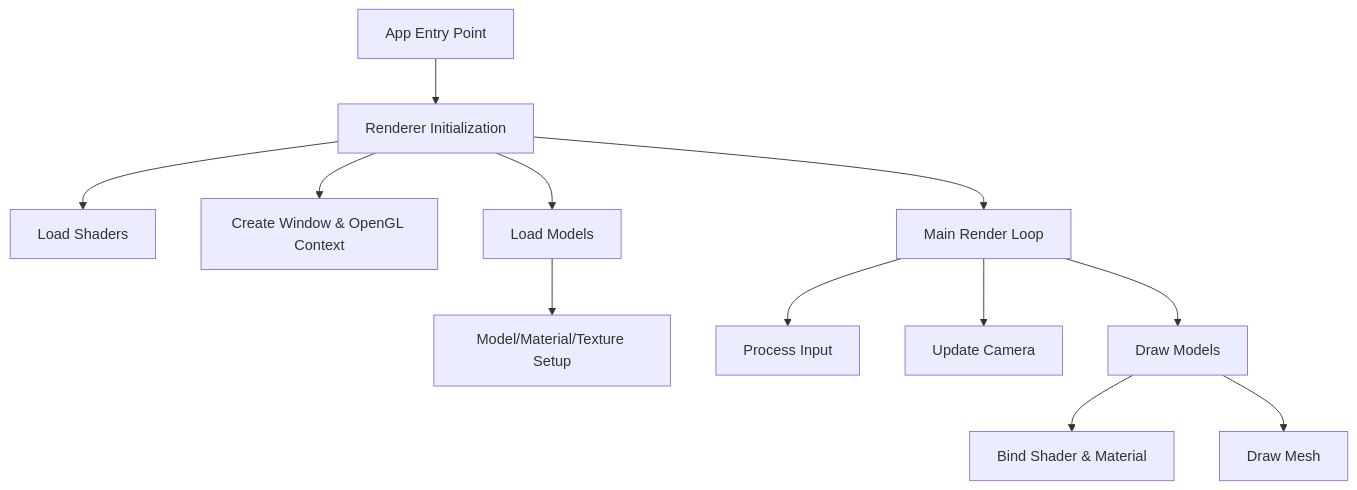
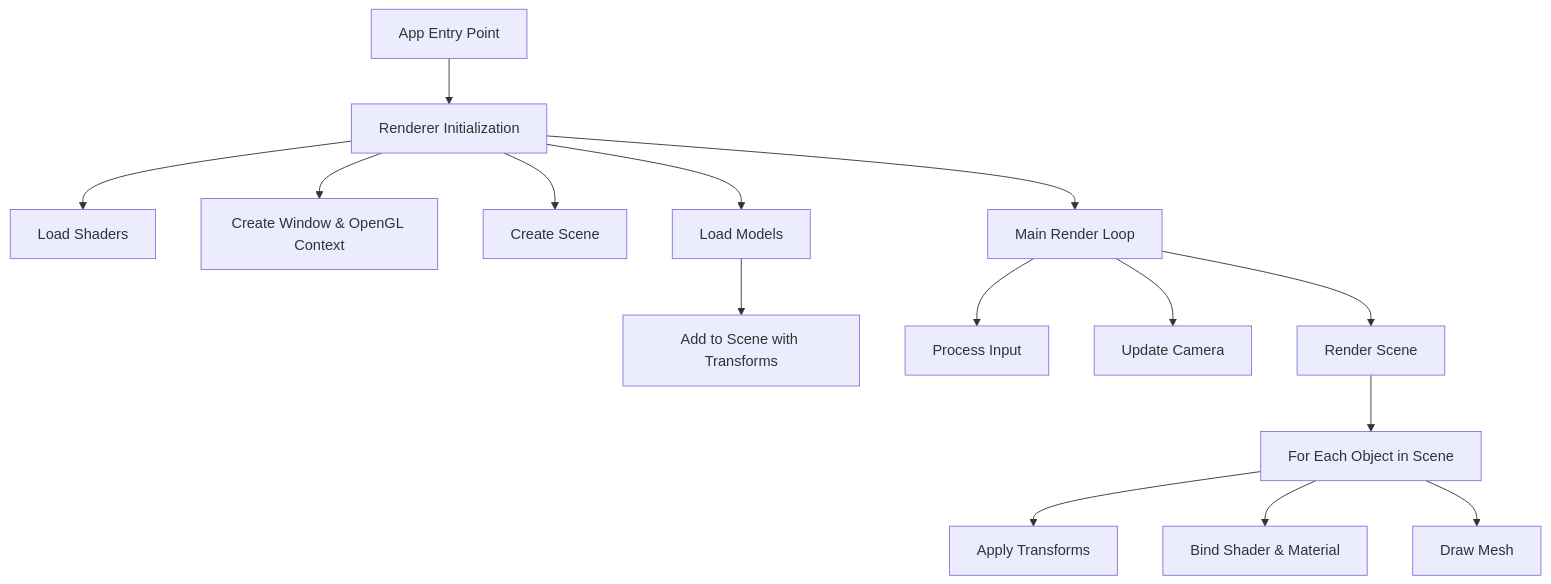
Before and after one commit to mrjpierce/renderer: the diagram in docs/RENDERER_DETAILS.md, drawn with Mermaid. The commit also changed other lines of this file and 5 other files, not shown here.

````diff
--- a/docs/RENDERER_DETAILS.md
+++ b/docs/RENDERER_DETAILS.md
@@ -24,14 +27,17 @@
 ```mermaid
 flowchart TD
     A[App Entry Point] --> B[Renderer Initialization]
     B --> C[Load Shaders]
     B --> D[Create Window & OpenGL Context]
-    B --> E[Load Models]
-    E --> F[Model/Material/Texture Setup]
-    B --> G[Main Render Loop]
-    G --> H[Process Input]
-    G --> I[Update Camera]
-    G --> J[Draw Models]
-    J --> K[Bind Shader & Material]
-    J --> L[Draw Mesh]
+    B --> E[Create Scene]
+    B --> F[Load Models]
+    F --> G[Add to Scene with Transforms]
+    B --> H[Main Render Loop]
+    H --> I[Process Input]
+    H --> J[Update Camera]
+    H --> K[Render Scene]
+    K --> L[For Each Object in Scene]
+    L --> M[Apply Transforms]
+    L --> N[Bind Shader & Material]
+    L --> O[Draw Mesh]
 ```
````
